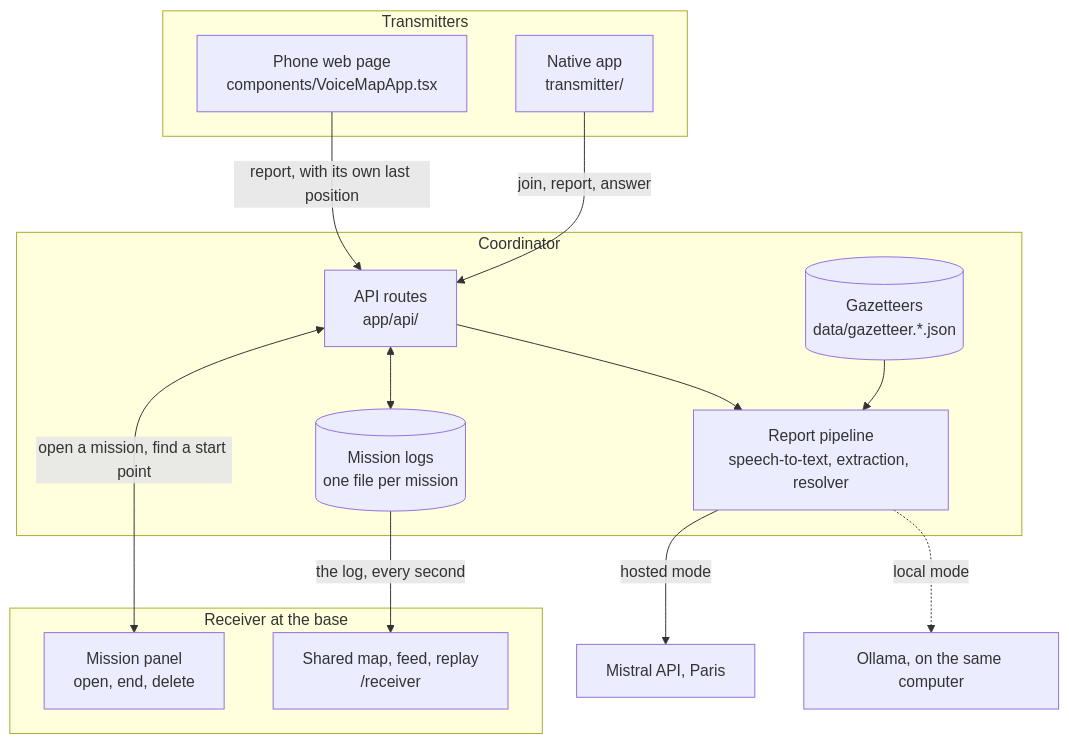
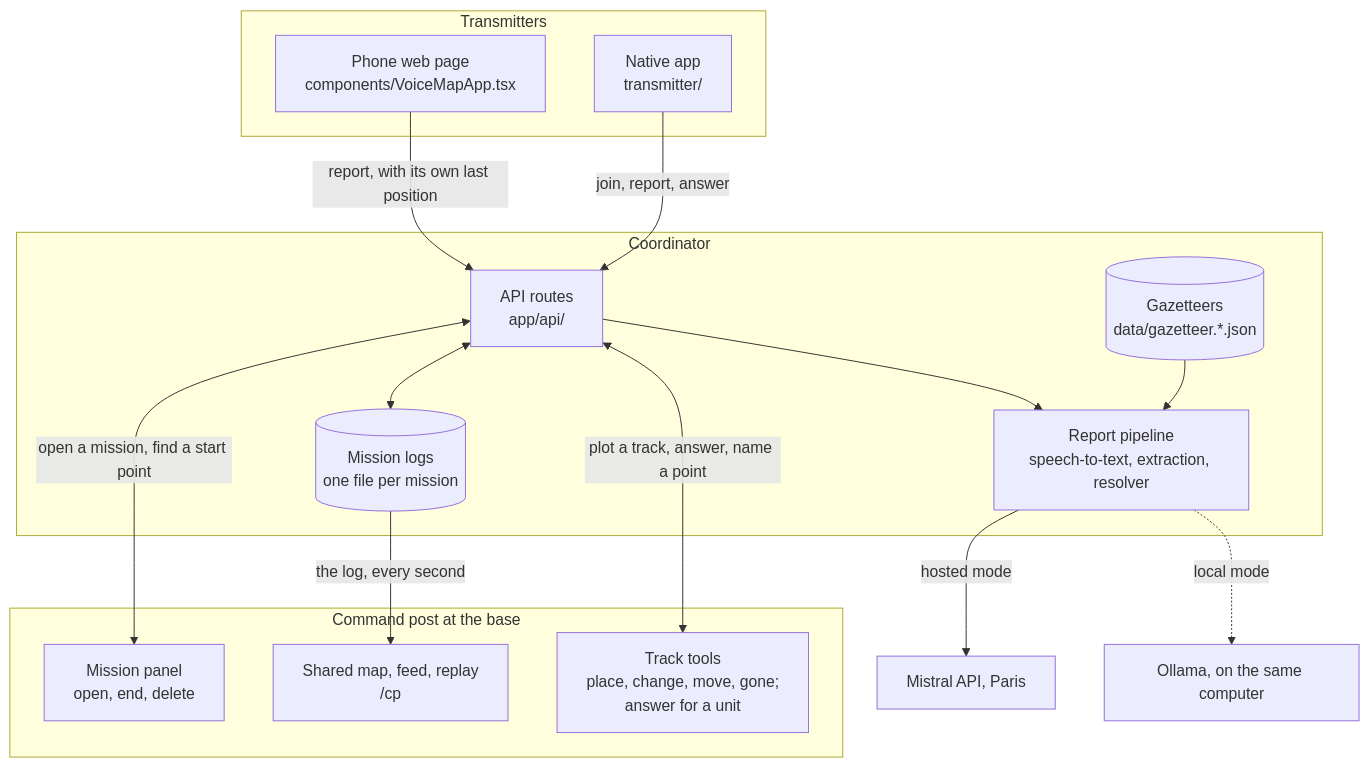
One commit to adam2765/edth-hackathon changed the first of 4 diagrams in docs/architecture.md. Above: the diagram before and after it, drawn with Mermaid. The commit also changed other lines of this file and 45 other files, not shown here.

First line of the commit message:
Command post: place and edit tracks by hand, answer for a unit

````diff
--- a/docs/architecture.md
+++ b/docs/architecture.md
@@ -20,32 +20,34 @@
 ```mermaid
 flowchart TB
     subgraph TX["Transmitters"]
         WEB["Phone web page<br/>components/VoiceMapApp.tsx"]
         NAT["Native app<br/>transmitter/"]
     end
 
     subgraph CO["Coordinator"]
         API["API routes<br/>app/api/"]
         PIPE["Report pipeline<br/>speech-to-text, extraction, resolver"]
         GAZ[("Gazetteers<br/>data/gazetteer.*.json")]
         LOG[("Mission logs<br/>one file per mission")]
     end
 
-    subgraph RX["Receiver at the base"]
+    subgraph RX["Command post at the base"]
         PANEL["Mission panel<br/>open, end, delete"]
-        VIEW["Shared map, feed, replay<br/>/receiver"]
+        VIEW["Shared map, feed, replay<br/>/cp"]
+        TOOLS["Track tools<br/>place, change, move, gone;<br/>answer for a unit"]
     end
 
     MIS["Mistral API, Paris"]
     OLL["Ollama, on the same computer"]
 
     WEB -- "report, with its own last position" --> API
     NAT -- "join, report, answer" --> API
     API --> PIPE
     GAZ --> PIPE
     API <--> LOG
     PIPE -- "hosted mode" --> MIS
     PIPE -. "local mode" .-> OLL
     LOG -- "the log, every second" --> VIEW
     API <-- "open a mission, find a start point" --> PANEL
+    API <-- "plot a track, answer, name a point" --> TOOLS
 ```
````
